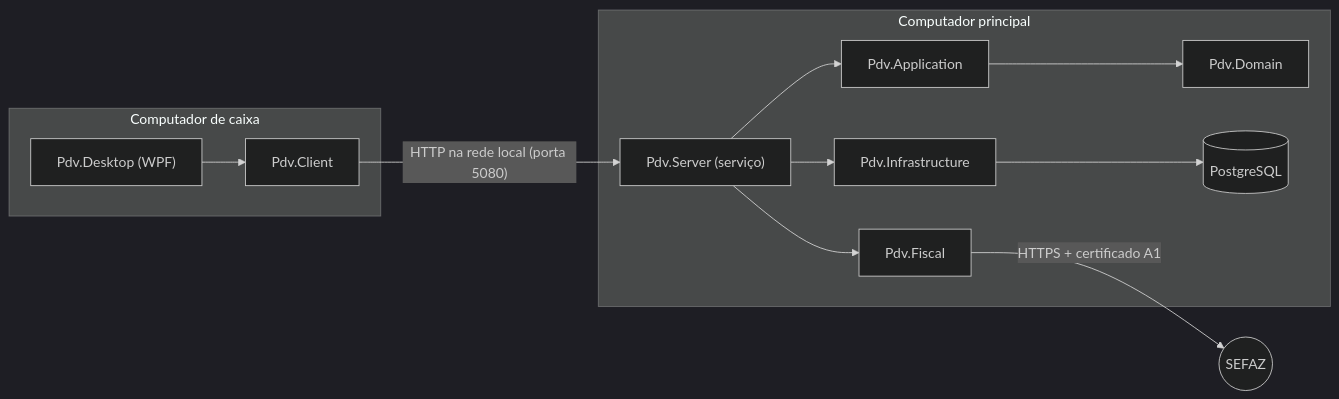
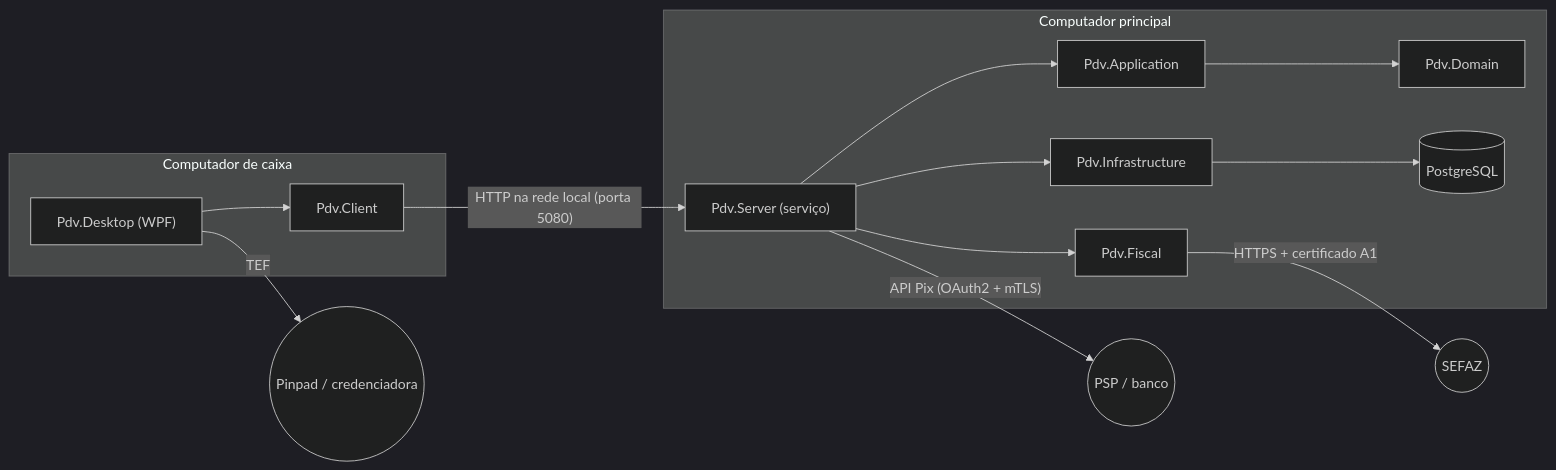
One commit to iagogoliveira/SistemaPdv changed the first of 2 diagrams in docs/arquitetura.md. Above: the diagram before and after it, drawn with Mermaid (dark theme). The commit also changed other lines of this file and 50 other files, not shown here.

First line of the commit message:
Etapa 6: pagamentos integrados (Pix dinâmico e TEF)

````diff
--- a/docs/arquitetura.md
+++ b/docs/arquitetura.md
@@ -41,15 +41,17 @@
 ```mermaid
 flowchart LR
     subgraph Caixa["Computador de caixa"]
         Desktop["Pdv.Desktop (WPF)"] --> Client["Pdv.Client"]
     end
     subgraph Principal["Computador principal"]
         Server["Pdv.Server (serviço)"] --> App["Pdv.Application"]
         App --> Domain["Pdv.Domain"]
         Server --> Infra["Pdv.Infrastructure"]
         Server --> Fiscal["Pdv.Fiscal"]
         Infra --> PG[("PostgreSQL")]
     end
     Client -- "HTTP na rede local (porta 5080)" --> Server
     Fiscal -- "HTTPS + certificado A1" --> SEFAZ(("SEFAZ"))
+    Server -- "API Pix (OAuth2 + mTLS)" --> PSP(("PSP / banco"))
+    Desktop -- "TEF" --> Pinpad(("Pinpad / credenciadora"))
 ```
````
